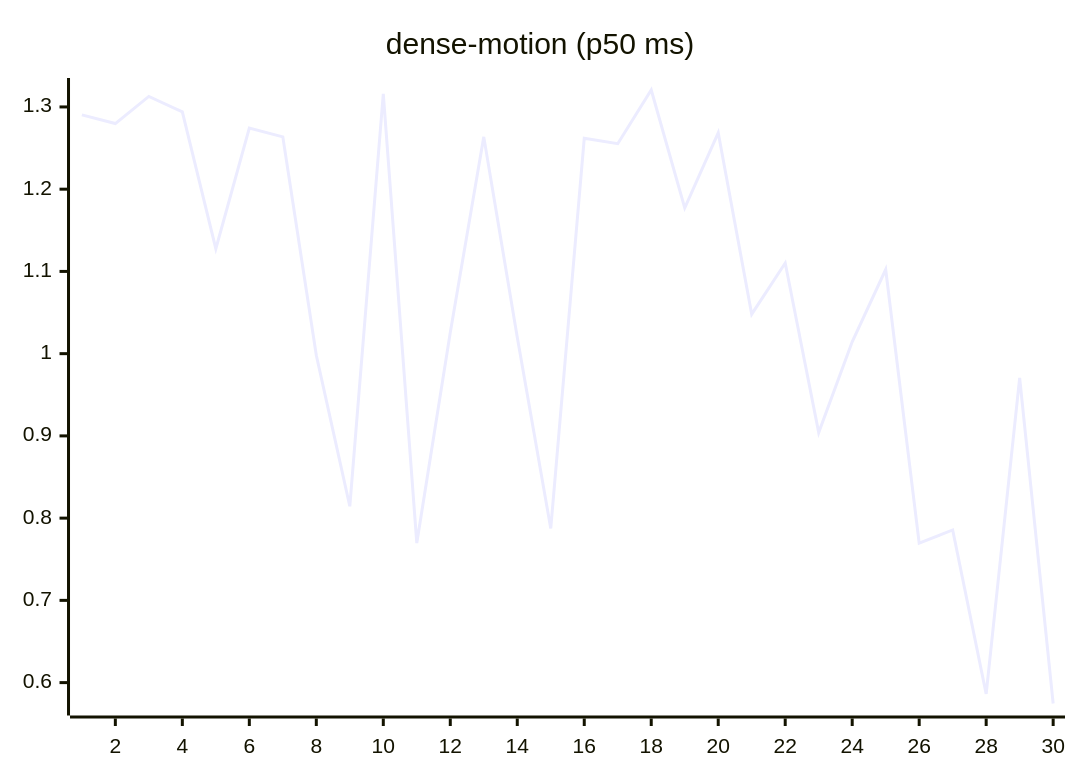
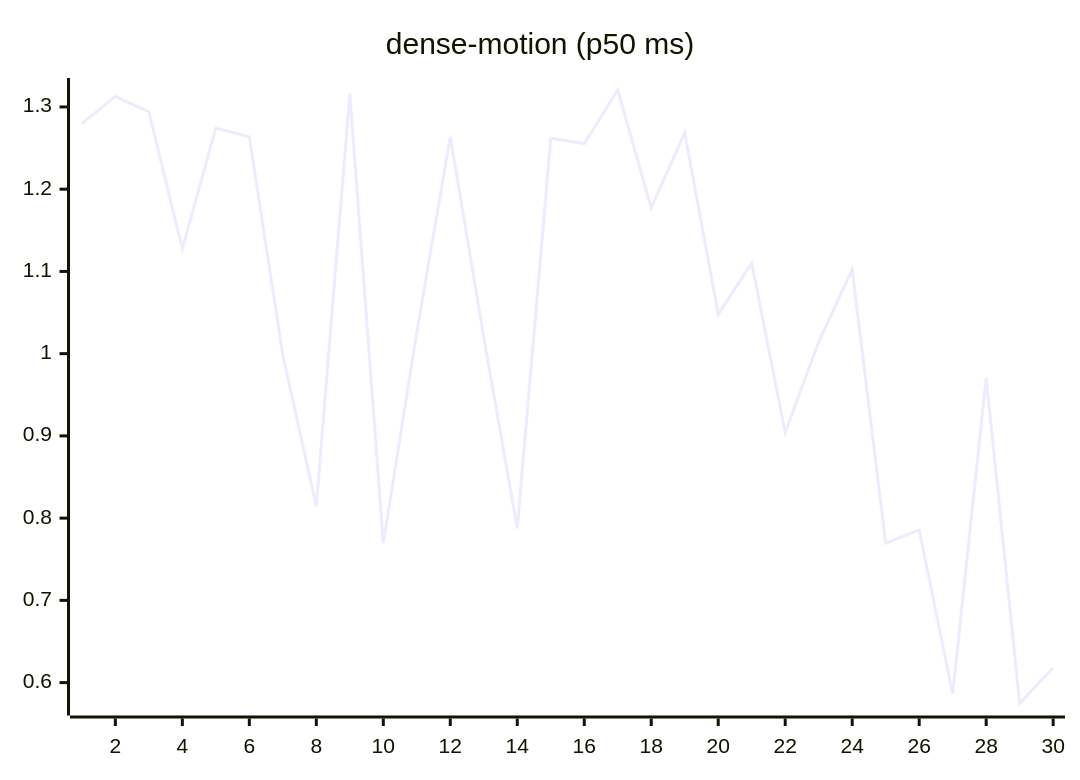
Before and after one commit to josha/Facet: the ninth of 27 diagrams in README.md, drawn with Mermaid. The commit also changed other lines of this file and 2 other files, not shown here.

````diff
--- a/README.md
+++ b/README.md
@@ -119,6 +119,6 @@
 ```mermaid
 xychart-beta
     title "dense-motion (p50 ms)"
     x-axis 1 --> 30
-    line [1.2904, 1.2798, 1.3128, 1.2940, 1.1276, 1.2742, 1.2636, 0.9981, 0.8144, 1.3160, 0.7697, 1.0258, 1.2636, 1.0200, 0.7874, 1.2619, 1.2553, 1.3206, 1.1772, 1.2685, 1.0480, 1.1102, 0.9040, 1.0144, 1.1023, 0.7695, 0.7856, 0.5862, 0.9706, 0.5746]
+    line [1.2798, 1.3128, 1.2940, 1.1276, 1.2742, 1.2636, 0.9981, 0.8144, 1.3160, 0.7697, 1.0258, 1.2636, 1.0200, 0.7874, 1.2619, 1.2553, 1.3206, 1.1772, 1.2685, 1.0480, 1.1102, 0.9040, 1.0144, 1.1023, 0.7695, 0.7856, 0.5862, 0.9706, 0.5746, 0.6181]
 ```
````
